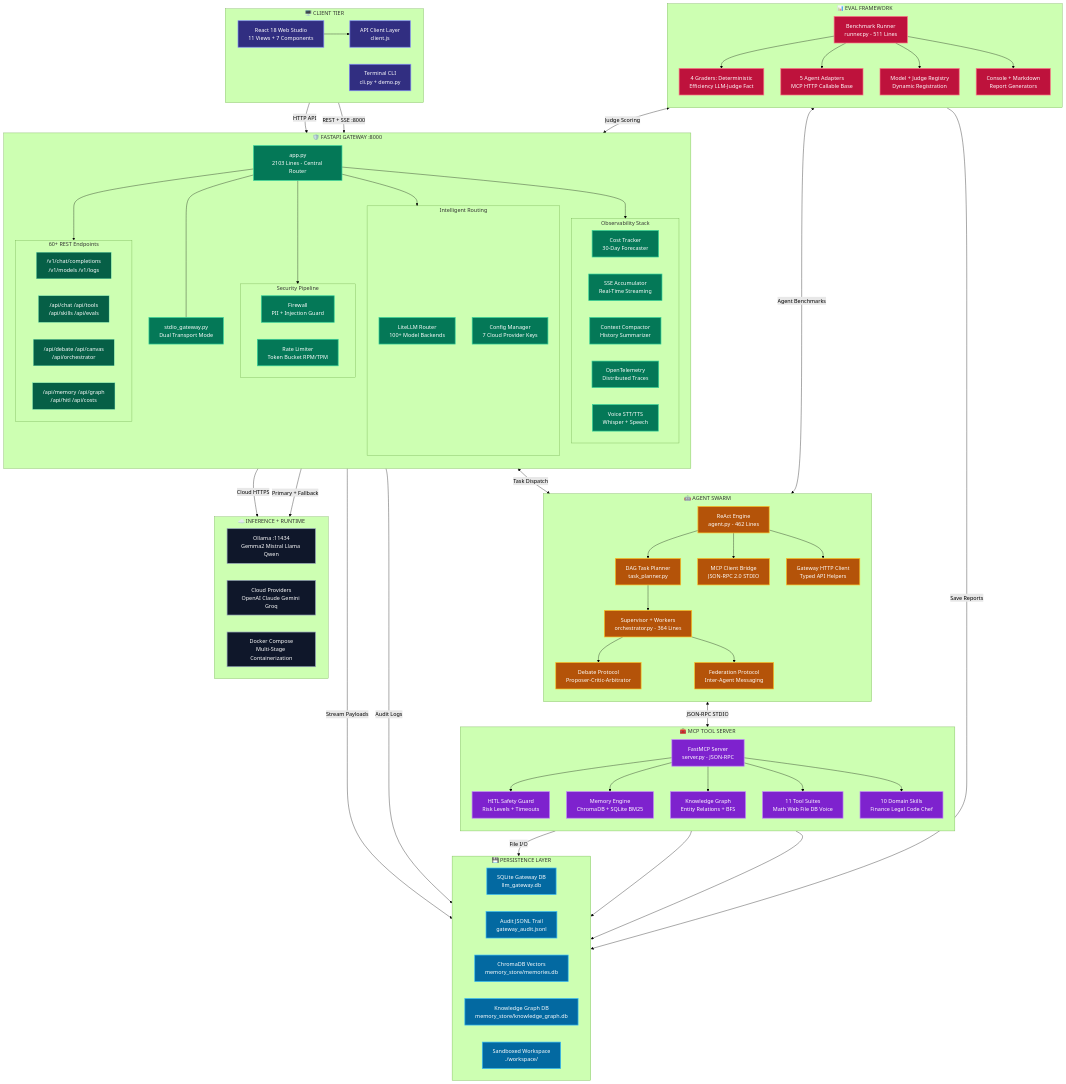
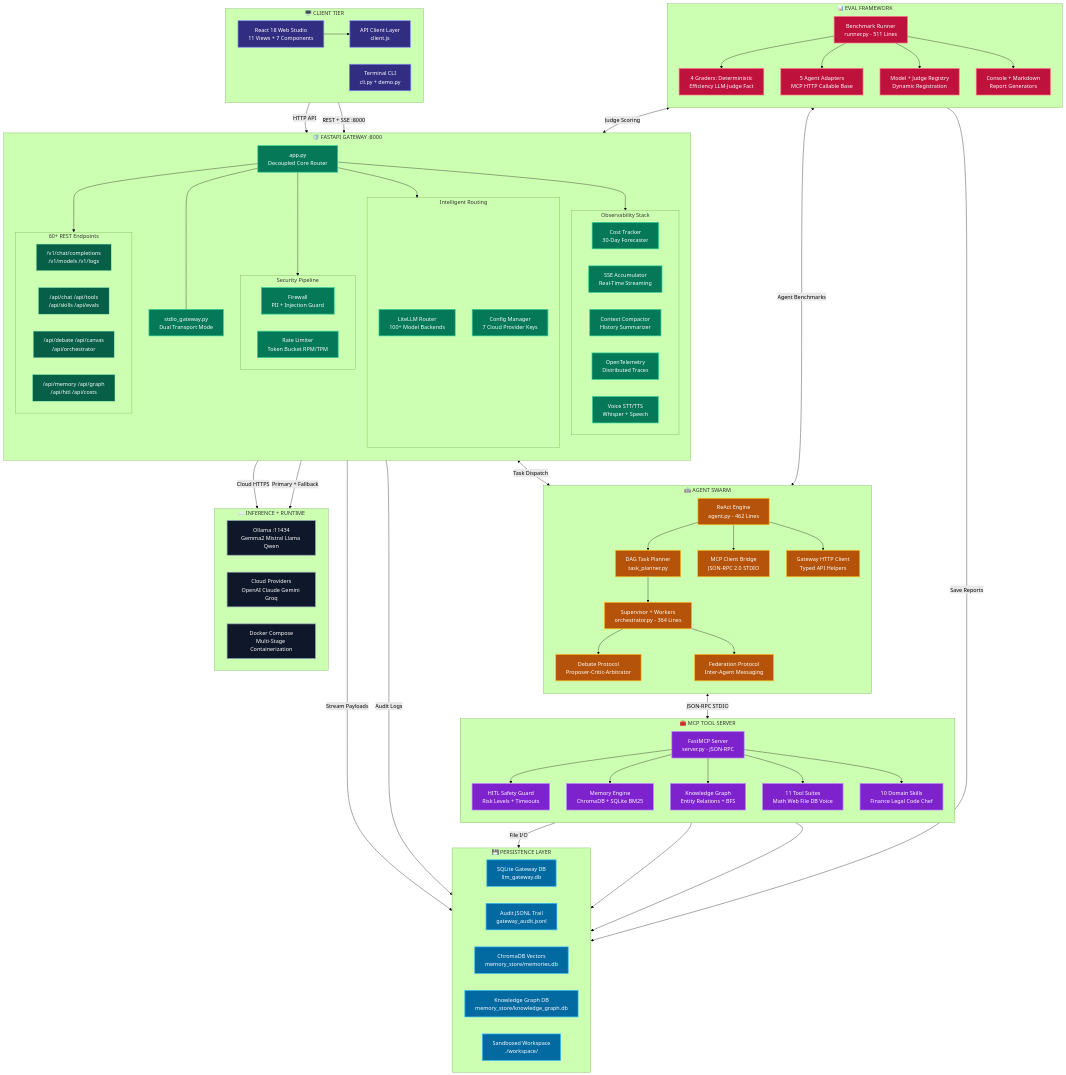
The second of 11 diagrams in architecture.md (vdonthireddy/agentic-ai), drawn with Mermaid (forest theme) before and after one commit. The commit also changed other lines of this file and 29 other files, not shown here.

```diff
--- a/architecture.md
+++ b/architecture.md
@@ -113,7 +113,7 @@
 
     subgraph GATEWAY["🛡️ FASTAPI GATEWAY :8000"]
         direction TB
-        APP["app.py<br/>2103 Lines - Central Router"]:::gwColor
+        APP["app.py<br/>Decoupled Core Router"]:::gwColor
         STDIO["stdio_gateway.py<br/>Dual Transport Mode"]:::gwColor
 
         subgraph SECURITY["Security Pipeline"]
```
